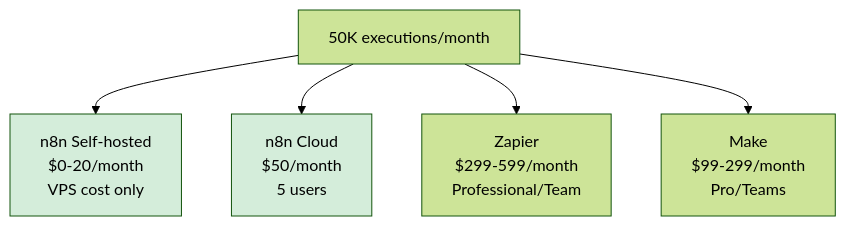
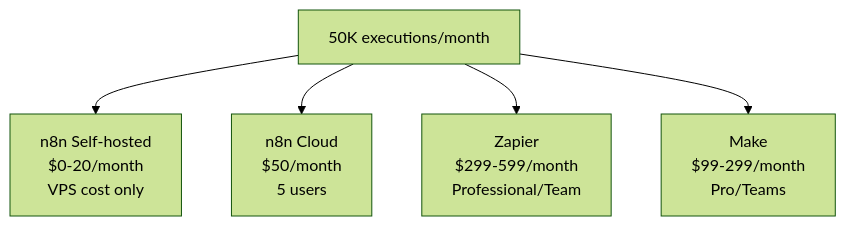
One commit to wtoloza-dev/ZTH-n8n-Engineer changed the fifth of 5 diagrams in lessons/01-foundations/resources/tool-comparison.md. Above: the diagram before and after it, drawn with Mermaid (forest theme). The commit also changed other lines of this file and 31 other files, not shown here.

````diff
--- a/lessons/01-foundations/resources/tool-comparison.md
+++ b/lessons/01-foundations/resources/tool-comparison.md
@@ -179,10 +173,8 @@
 ```mermaid
 graph TD
     A[50K executions/month] --> B[n8n Self-hosted<br/>$0-20/month<br/>VPS cost only]
     A --> C[n8n Cloud<br/>$50/month<br/>5 users]
     A --> D[Zapier<br/>$299-599/month<br/>Professional/Team]
     A --> E[Make<br/>$99-299/month<br/>Pro/Teams]
     
-    style B fill:#d4edda
-    style C fill:#d4edda
 ```
````
